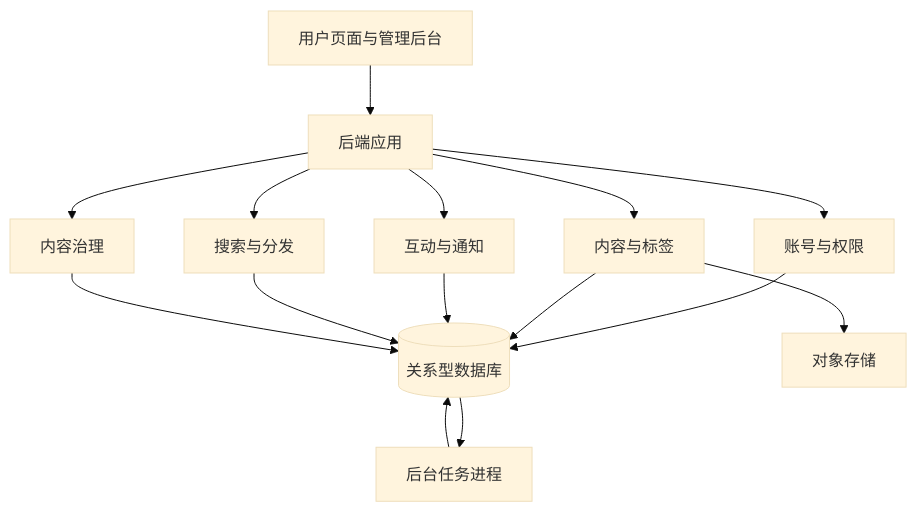
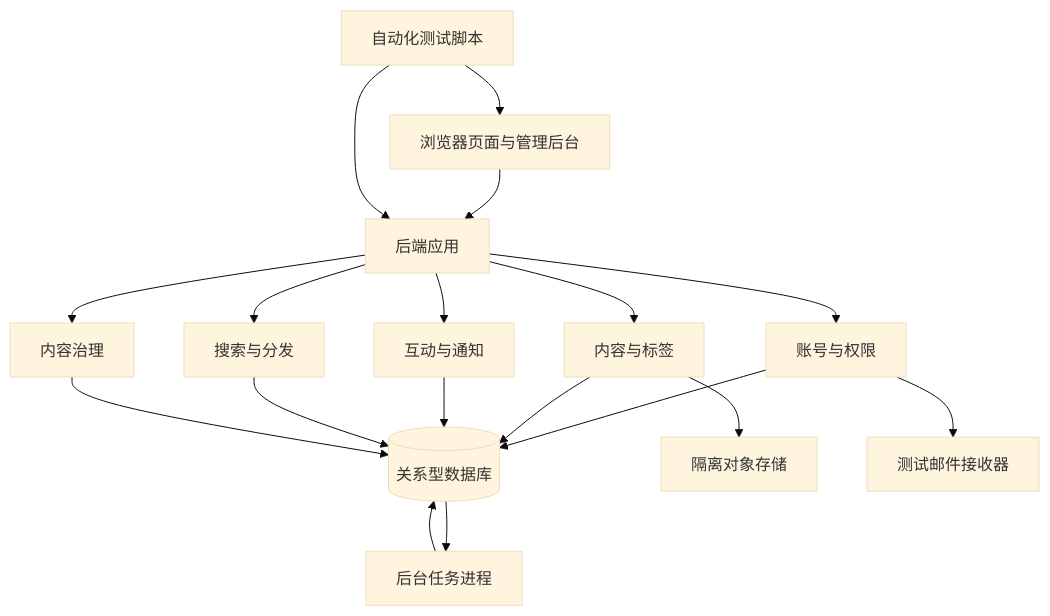
Before and after one commit to AvAn0sch/Broker-blog: the diagram in docs/MVP产品设计文档.md, drawn with Mermaid (base theme). The commit also changed other lines of this file, not shown here.

````diff
--- a/docs/MVP产品设计文档.md
+++ b/docs/MVP产品设计文档.md
@@ -234,17 +299,20 @@
 ```mermaid
 flowchart TD
-    A[用户页面与管理后台] --> B[后端应用]
+    A[浏览器页面与管理后台] --> B[后端应用]
+    T[自动化测试脚本] --> A
+    T --> B
     B --> C[账号与权限]
     B --> D[内容与标签]
     B --> E[互动与通知]
     B --> F[搜索与分发]
     B --> G[内容治理]
     C --> H[(关系型数据库)]
     D --> H
     E --> H
     F --> H
     G --> H
-    D --> I[对象存储]
+    D --> I[隔离对象存储]
+    C --> M[测试邮件接收器]
     H --> J[后台任务进程]
     J --> H
 ```
````
